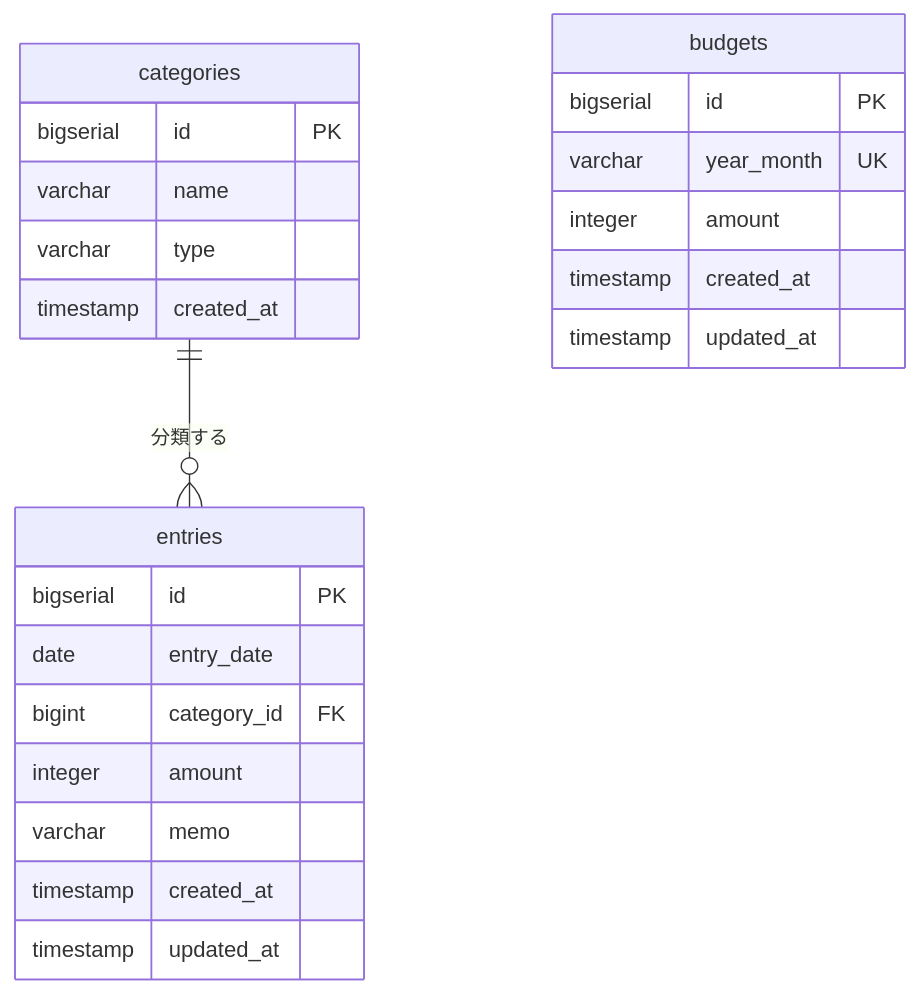
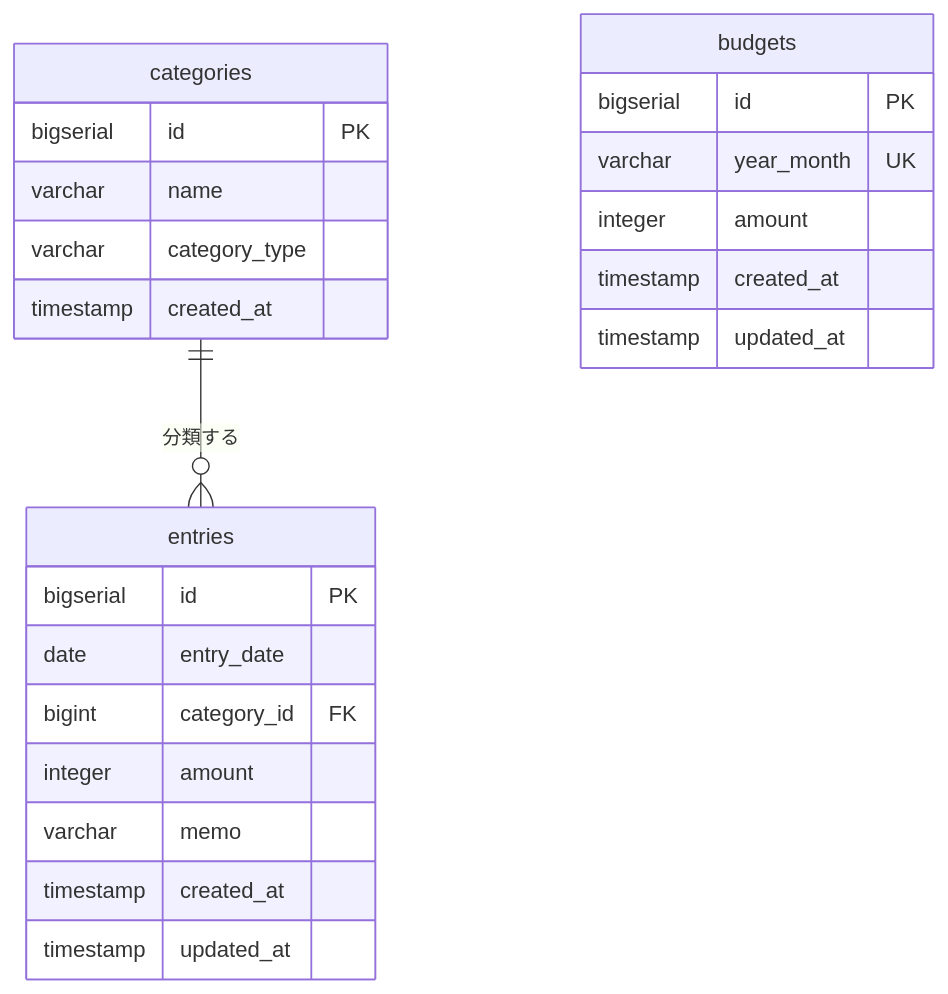
Before and after one commit to tabata-kodai1/kakeibo-app-1: the diagram in docs/database.md, drawn with Mermaid. The commit also changed other lines of this file and 5 other files, not shown here.

````diff
--- a/docs/database.md
+++ b/docs/database.md
@@ -8,27 +8,27 @@
 ```mermaid
 erDiagram
     categories ||--o{ entries : "分類する"
 
     categories {
         bigserial id PK
         varchar   name
-        varchar   type
+        varchar   category_type
         timestamp created_at
     }
     entries {
         bigserial id PK
         date      entry_date
         bigint    category_id FK
         integer   amount
         varchar   memo
         timestamp created_at
         timestamp updated_at
     }
     budgets {
         bigserial id PK
         varchar   year_month UK
         integer   amount
         timestamp created_at
         timestamp updated_at
     }
 ```
````
